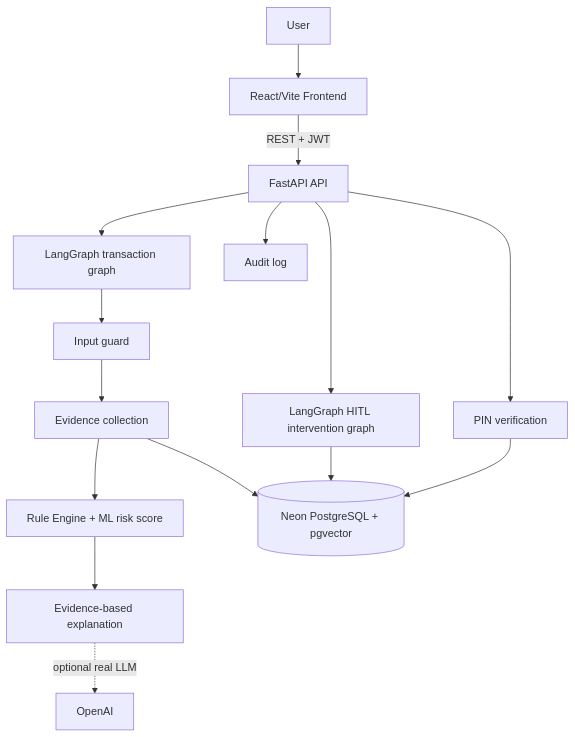
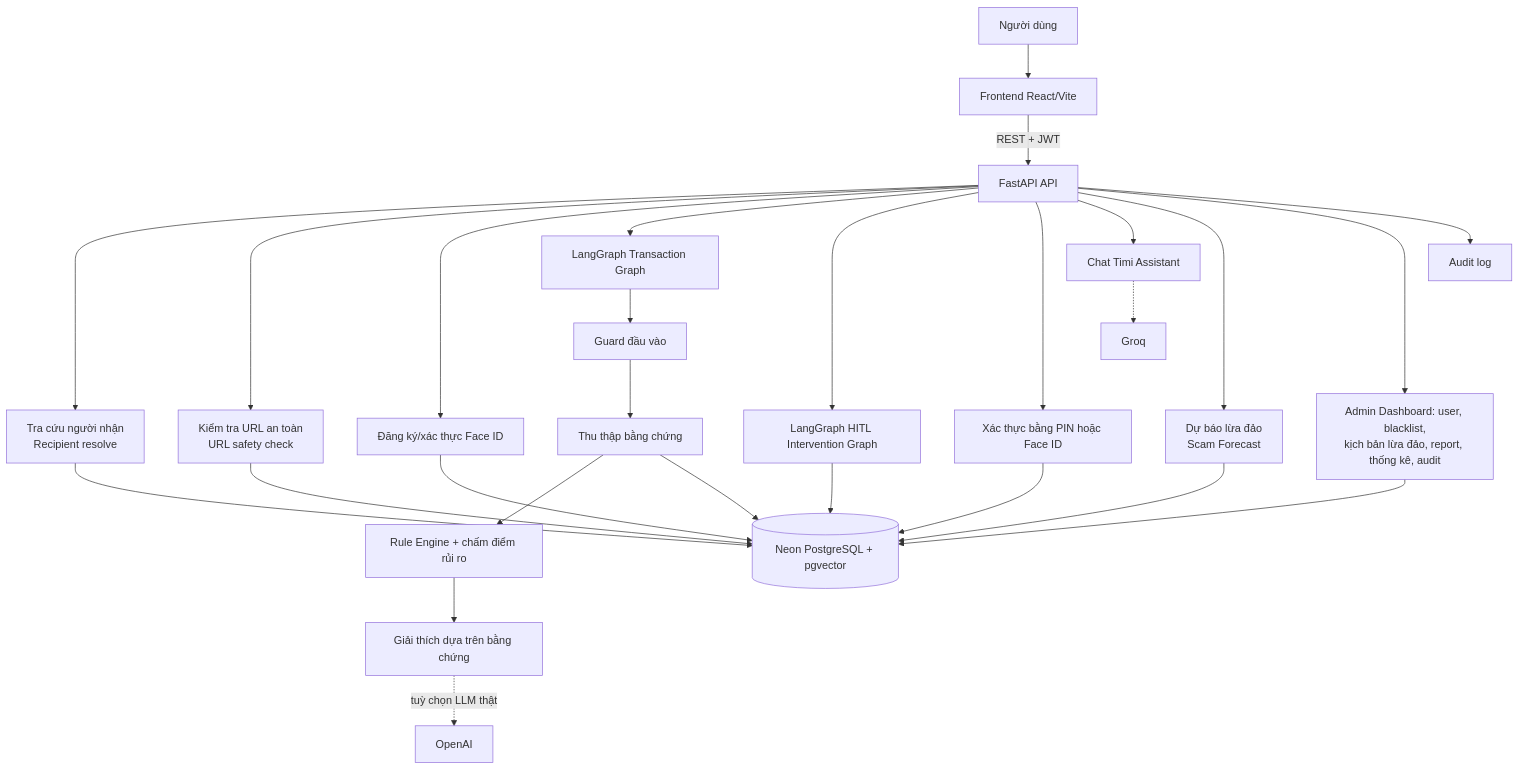
One commit to ngovan15121977-bit/Anti-Scam-Demo changed the first of 4 diagrams in ARCHITECTURE.md. Above: the diagram before and after it, drawn with Mermaid. The commit also changed other lines of this file and 39 other files, not shown here.

````diff
--- a/ARCHITECTURE.md
+++ b/ARCHITECTURE.md
@@ -5,17 +7,29 @@
 ```mermaid
 flowchart TB
-    U[User] --> FE[React/Vite Frontend]
+    U[Người dùng] --> FE[Frontend React/Vite]
     FE -->|REST + JWT| API[FastAPI API]
-    API --> TG[LangGraph transaction graph]
-    TG --> G[Input guard]
-    G --> E[Evidence collection]
-    E --> R[Rule Engine + ML risk score]
-    E --> V[(Neon PostgreSQL + pgvector)]
-    R --> X[Evidence-based explanation]
-    X -. optional real LLM .-> L[OpenAI]
-    API --> IG[LangGraph HITL intervention graph]
+    API --> RES[Tra cứu người nhận<br/>Recipient resolve]
+    RES --> V[(Neon PostgreSQL + pgvector)]
+    API --> US[Kiểm tra URL an toàn<br/>URL safety check]
+    US --> V
+    API --> FID[Đăng ký/xác thực Face ID]
+    FID --> V
+    API --> TG[LangGraph Transaction Graph]
+    TG --> G[Guard đầu vào]
+    G --> E[Thu thập bằng chứng]
+    E --> R[Rule Engine + chấm điểm rủi ro]
+    E --> V
+    R --> X[Giải thích dựa trên bằng chứng]
+    X -. tuỳ chọn LLM thật .-> L[OpenAI]
+    API --> IG[LangGraph HITL Intervention Graph]
     IG --> V
-    API --> P[PIN verification]
+    API --> P[Xác thực bằng PIN hoặc Face ID]
     P --> V
+    API --> AST[Chat Timi Assistant]
+    AST -.-> GR[Groq]
+    API --> FC[Dự báo lừa đảo<br/>Scam Forecast]
+    FC --> V
+    API --> ADM[Admin Dashboard: user, blacklist,<br/>kịch bản lừa đảo, report, thống kê, audit]
+    ADM --> V
     API --> A[Audit log]
 ```
````
